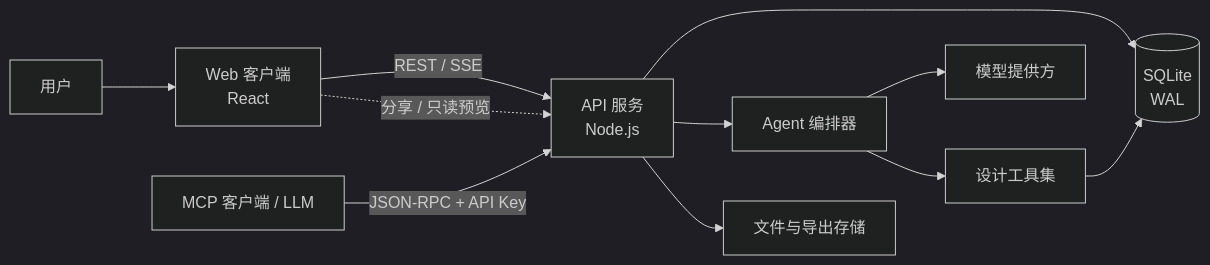
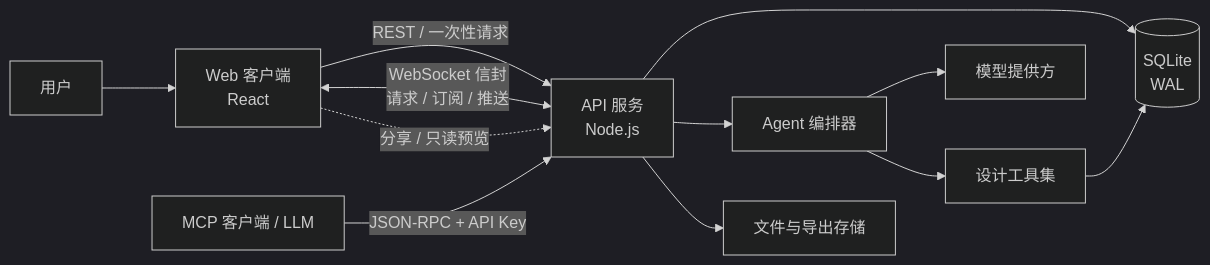
One commit to AboutUip/Morfa changed the diagram in docs/architecture/overview.md. Above: the diagram before and after it, drawn with Mermaid (dark theme). The commit also changed other lines of this file and 37 other files, not shown here.

Commit message:
feat(realtime): 添加单 WebSocket 实时通道

````diff
--- a/docs/architecture/overview.md
+++ b/docs/architecture/overview.md
@@ -22,13 +22,14 @@
 ```mermaid
 flowchart LR
   U[用户] --> W[Web 客户端<br/>React]
-  W -->|REST / SSE| A[API 服务<br/>Node.js]
+  W -->|REST / 一次性请求| A[API 服务<br/>Node.js]
+  W <-->|WebSocket 信封<br/>请求 / 订阅 / 推送| A
   C[MCP 客户端 / LLM] -->|JSON-RPC + API Key| A
   A --> D[(SQLite<br/>WAL)]
   A --> O[Agent 编排器]
   O --> M[模型提供方]
   O --> T[设计工具集]
   T --> D
   A --> S[文件与导出存储]
   W -. 分享 / 只读预览 .-> A
 ```
````
